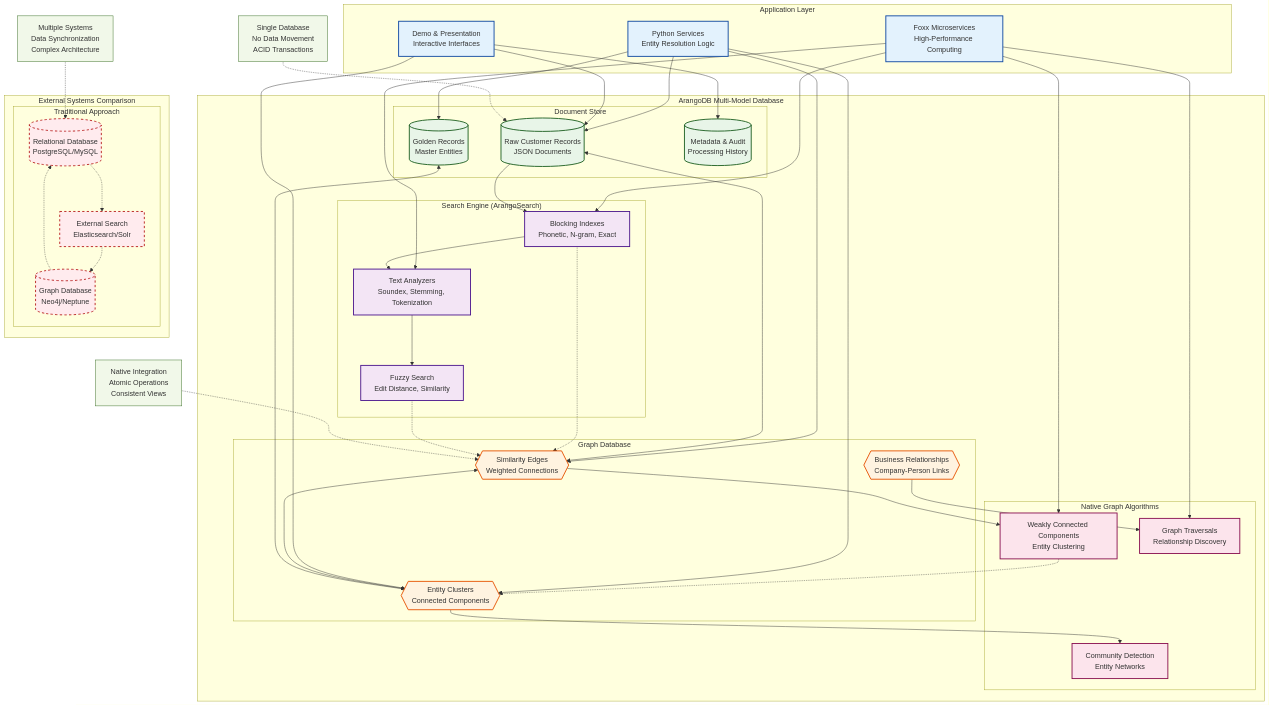
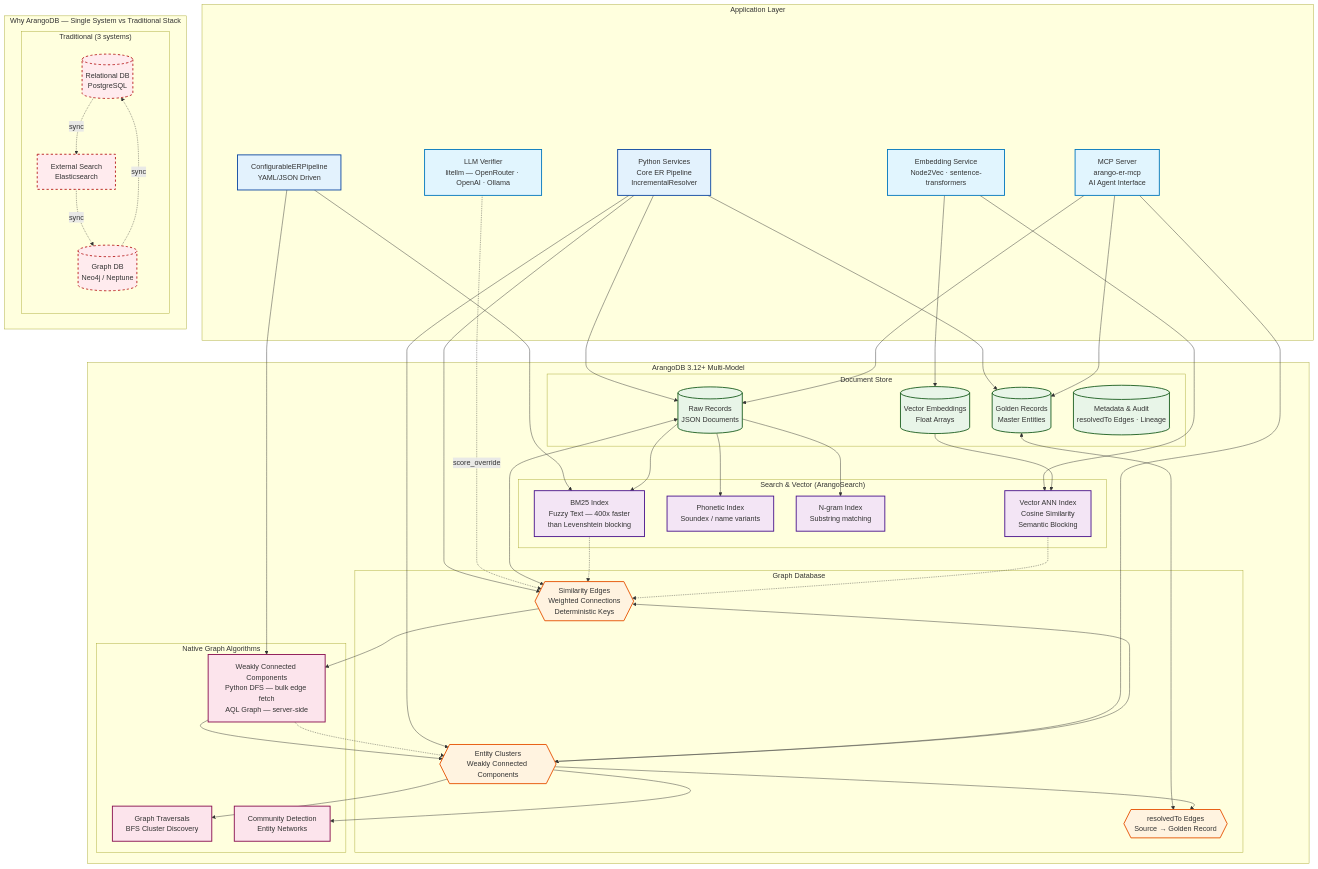
The diagram in docs/diagrams/arango-multimodel.mermaid (ArthurKeen/arango-entity-resolution), drawn with Mermaid before and after one commit. The commit also changed 5 other files, not shown here.

```diff
--- a/docs/diagrams/arango-multimodel.mermaid
+++ b/docs/diagrams/arango-multimodel.mermaid
@@ -1,104 +1,101 @@
 graph TB
     subgraph "Application Layer"
-        PythonServices[Python Services<br/>Entity Resolution Logic]
-        FoxxServices[Foxx Microservices<br/>High-Performance Computing]
-        DemoSystem[Demo & Presentation<br/>Interactive Interfaces]
+        PythonServices[Python Services<br/>Core ER Pipeline<br/>IncrementalResolver]
+        MCPLayer[MCP Server<br/>arango-er-mcp<br/>AI Agent Interface]
+        LLMLayer[LLM Verifier<br/>litellm — OpenRouter · OpenAI · Ollama]
+        EmbedLayer[Embedding Service<br/>Node2Vec · sentence-transformers]
+        ConfigLayer[ConfigurableERPipeline<br/>YAML/JSON Driven]
     end
 
-    subgraph "ArangoDB Multi-Model Database"
+    subgraph "ArangoDB 3.12+ Multi-Model"
         subgraph "Document Store"
-            RawRecords[(Raw Customer Records<br/>JSON Documents)]
+            RawRecords[(Raw Records<br/>JSON Documents)]
             GoldenRecords[(Golden Records<br/>Master Entities)]
-            Metadata[(Metadata & Audit<br/>Processing History)]
+            Embeddings[(Vector Embeddings<br/>Float Arrays)]
+            Metadata[(Metadata & Audit<br/>resolvedTo Edges · Lineage)]
         end
 
         subgraph "Graph Database"
-            SimilarityEdges{{Similarity Edges<br/>Weighted Connections}}
-            EntityClusters{{Entity Clusters<br/>Connected Components}}
-            Relationships{{Business Relationships<br/>Company-Person Links}}
+            SimilarityEdges{{Similarity Edges<br/>Weighted Connections<br/>Deterministic Keys}}
+            EntityClusters{{Entity Clusters<br/>Weakly Connected Components}}
+            ResolvedTo{{resolvedTo Edges<br/>Source → Golden Record}}
         end
 
-        subgraph "Search Engine (ArangoSearch)"
-            BlockingIndexes[Blocking Indexes<br/>Phonetic, N-gram, Exact]
-            TextAnalyzers[Text Analyzers<br/>Soundex, Stemming, Tokenization]
-            FuzzySearch[Fuzzy Search<br/>Edit Distance, Similarity]
+        subgraph "Search & Vector (ArangoSearch)"
+            BM25Index[BM25 Index<br/>Fuzzy Text — 400x faster<br/>than Levenshtein blocking]
+            PhoneticIndex[Phonetic Index<br/>Soundex / name variants]
+            NgramIndex[N-gram Index<br/>Substring matching]
+            VectorANN[Vector ANN Index<br/>Cosine Similarity<br/>Semantic Blocking]
         end
 
         subgraph "Native Graph Algorithms"
-            WCC[Weakly Connected Components<br/>Entity Clustering]
-            Traversals[Graph Traversals<br/>Relationship Discovery]
+            WCC[Weakly Connected Components<br/>Python DFS — bulk edge fetch<br/>AQL Graph — server-side]
+            Traversals[Graph Traversals<br/>BFS Cluster Discovery]
             Communities[Community Detection<br/>Entity Networks]
         end
     end
 
-    subgraph "External Systems Comparison"
-        subgraph "Traditional Approach"
-            RelationalDB[(Relational Database<br/>PostgreSQL/MySQL)]
-            ExternalSearch[External Search<br/>Elasticsearch/Solr]
-            GraphDB[(Graph Database<br/>Neo4j/Neptune)]
-            
-            RelationalDB -.-> ExternalSearch
-            ExternalSearch -.-> GraphDB
-            GraphDB -.-> RelationalDB
+    subgraph "Why ArangoDB — Single System vs Traditional Stack"
+        subgraph "Traditional (3 systems)"
+            RelDB[(Relational DB<br/>PostgreSQL)]
+            ExtSearch[External Search<br/>Elasticsearch]
+            GraphDB[(Graph DB<br/>Neo4j / Neptune)]
+            RelDB -.->|sync| ExtSearch
+            ExtSearch -.->|sync| GraphDB
+            GraphDB -.->|sync| RelDB
         end
     end
 
-    %% Application to ArangoDB connections
+    %% Application to ArangoDB
     PythonServices --> RawRecords
     PythonServices --> GoldenRecords
     PythonServices --> SimilarityEdges
     PythonServices --> EntityClusters
 
-    FoxxServices --> BlockingIndexes
-    FoxxServices --> TextAnalyzers
-    FoxxServices --> WCC
-    FoxxServices --> Traversals
+    MCPLayer --> RawRecords
+    MCPLayer --> EntityClusters
+    MCPLayer --> GoldenRecords
 
-    DemoSystem --> RawRecords
-    DemoSystem --> EntityClusters
-    DemoSystem --> Metadata
+    LLMLayer -.->|score_override| SimilarityEdges
+    EmbedLayer --> Embeddings
+    EmbedLayer --> VectorANN
 
-    %% Internal ArangoDB connections
+    ConfigLayer --> WCC
+    ConfigLayer --> BM25Index
+
+    %% Internal ArangoDB
     RawRecords <--> SimilarityEdges
     SimilarityEdges <--> EntityClusters
-    GoldenRecords <--> EntityClusters
-    
-    RawRecords --> BlockingIndexes
-    BlockingIndexes --> TextAnalyzers
-    TextAnalyzers --> FuzzySearch
-    
+    GoldenRecords <--> ResolvedTo
+    EntityClusters --> ResolvedTo
+
+    RawRecords --> BM25Index
+    RawRecords --> PhoneticIndex
+    RawRecords --> NgramIndex
+    Embeddings --> VectorANN
+
     SimilarityEdges --> WCC
+    WCC --> EntityClusters
     EntityClusters --> Communities
-    Relationships --> Traversals
+    EntityClusters --> Traversals
 
-    BlockingIndexes -.-> SimilarityEdges
-    FuzzySearch -.-> SimilarityEdges
+    BM25Index -.-> SimilarityEdges
+    VectorANN -.-> SimilarityEdges
     WCC -.-> EntityClusters
-
-    %% Performance annotations
-    PerfNote1[Single Database<br/>No Data Movement<br/>ACID Transactions]
-    PerfNote2[Native Integration<br/>Atomic Operations<br/>Consistent Views]
-    
-    PerfNote1 -.-> RawRecords
-    PerfNote2 -.-> SimilarityEdges
-
-    %% Comparison annotations
-    CompNote1[Multiple Systems<br/>Data Synchronization<br/>Complex Architecture]
-    CompNote1 -.-> RelationalDB
 
     %% Styling
     classDef app fill:#e3f2fd,stroke:#0d47a1,stroke-width:2px
+    classDef aiapp fill:#e1f5fe,stroke:#0277bd,stroke-width:2px
     classDef document fill:#e8f5e8,stroke:#1b5e20,stroke-width:2px
     classDef graphNode fill:#fff3e0,stroke:#e65100,stroke-width:2px
     classDef search fill:#f3e5f5,stroke:#4a148c,stroke-width:2px
     classDef algorithm fill:#fce4ec,stroke:#880e4f,stroke-width:2px
     classDef external fill:#ffebee,stroke:#b71c1c,stroke-width:2px,stroke-dasharray: 5 5
-    classDef note fill:#f1f8e9,stroke:#33691e,stroke-width:1px
 
-    class PythonServices,FoxxServices,DemoSystem app
-    class RawRecords,GoldenRecords,Metadata document
-    class SimilarityEdges,EntityClusters,Relationships graphNode
-    class BlockingIndexes,TextAnalyzers,FuzzySearch search
+    class PythonServices,ConfigLayer app
+    class MCPLayer,LLMLayer,EmbedLayer aiapp
+    class RawRecords,GoldenRecords,Embeddings,Metadata document
+    class SimilarityEdges,EntityClusters,ResolvedTo graphNode
+    class BM25Index,PhoneticIndex,NgramIndex,VectorANN search
     class WCC,Traversals,Communities algorithm
-    class RelationalDB,ExternalSearch,GraphDB external
-    class PerfNote1,PerfNote2,CompNote1 note
+    class RelDB,ExtSearch,GraphDB external
```
